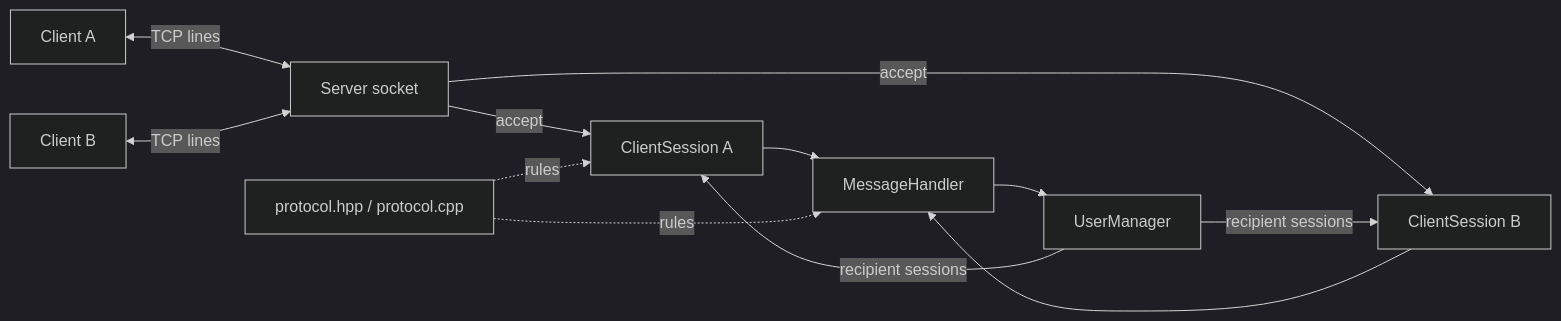
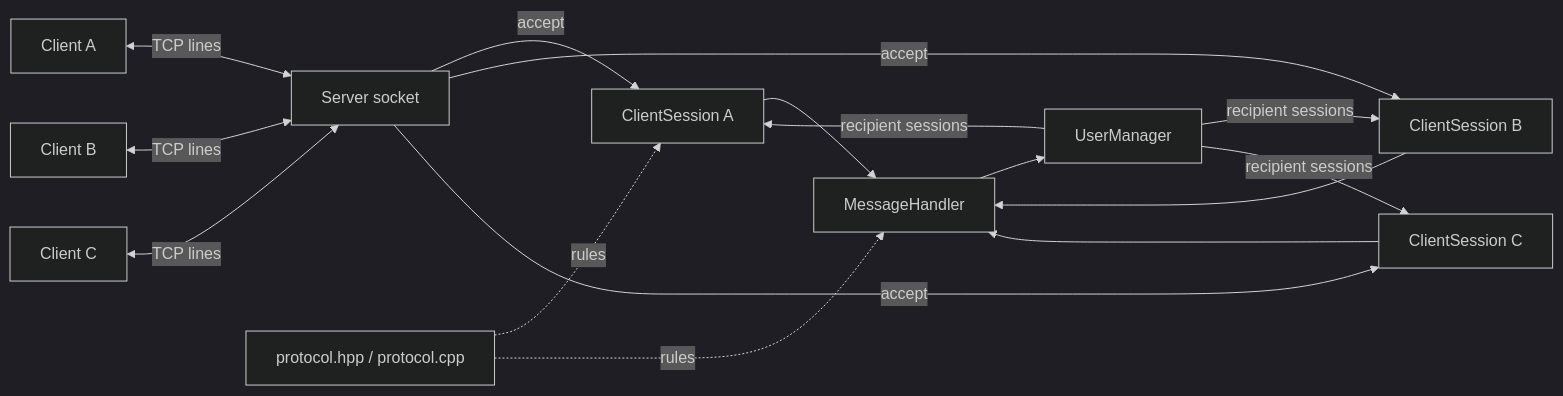
One commit to anhenaobe/Linux-Servers changed the diagram in docs/architecture.md. Above: the diagram before and after it, drawn with Mermaid (dark theme). The commit also changed other lines of this file, not shown here.

````diff
--- a/docs/architecture.md
+++ b/docs/architecture.md
@@ -15,14 +41,22 @@
 ```mermaid
 flowchart LR
     C1[Client A] <-->|TCP lines| S[Server socket]
     C2[Client B] <-->|TCP lines| S
+    C3[Client C] <-->|TCP lines| S
+
     S -->|accept| CS1[ClientSession A]
     S -->|accept| CS2[ClientSession B]
+    S -->|accept| CS3[ClientSession C]
+
     CS1 --> MH[MessageHandler]
     CS2 --> MH
+    CS3 --> MH
+
     MH --> UM[UserManager]
     UM -->|recipient sessions| CS1
     UM -->|recipient sessions| CS2
+    UM -->|recipient sessions| CS3
+
     P[protocol.hpp / protocol.cpp] -.rules.-> CS1
     P -.rules.-> MH
 ```
````
